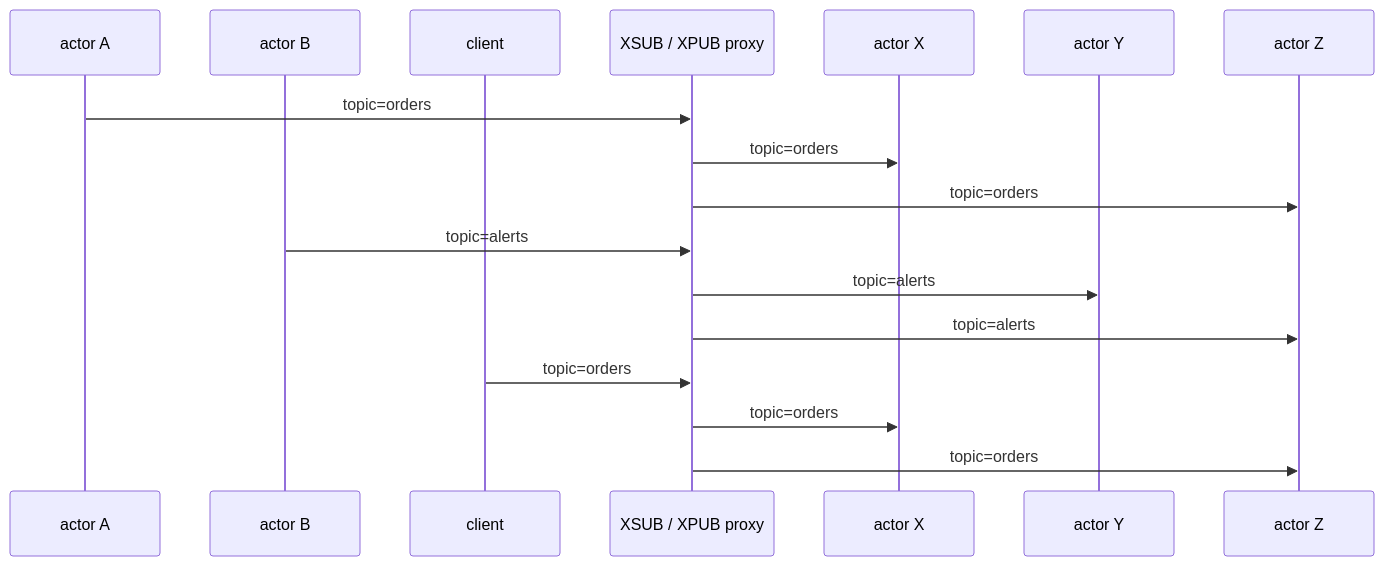
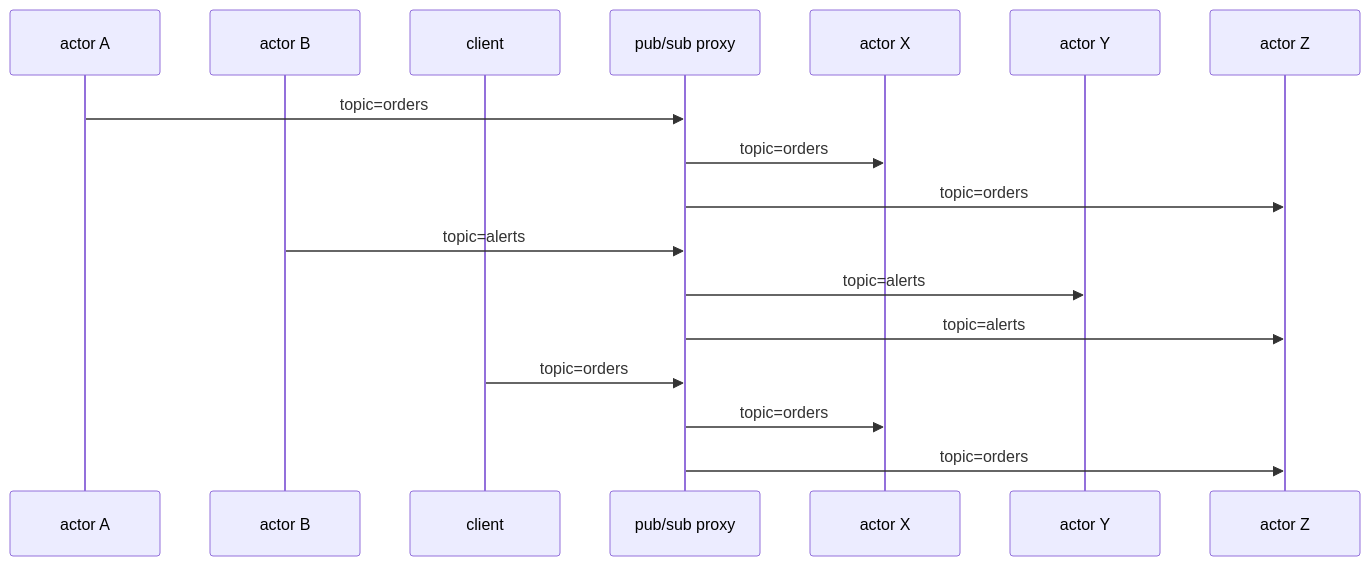
The diagram in docs/bus.qmd (muralidhar-challa/actor-mesh), drawn with Mermaid before and after one commit. The commit also changed other lines of this file and 39 other files, not shown here.

````diff
--- a/docs/bus.qmd
+++ b/docs/bus.qmd
@@ -5,22 +5,22 @@
 ```{mermaid}
 sequenceDiagram
   participant A as actor A
   participant B as actor B
   participant C as client
-  participant BUS as XSUB / XPUB proxy
+  participant BUS as pub/sub proxy
   participant X as actor X
   participant Y as actor Y
   participant Z as actor Z
 
   A ->> BUS : topic=orders
   BUS ->> X : topic=orders
   BUS ->> Z : topic=orders
 
   B ->> BUS : topic=alerts
   BUS ->> Y : topic=alerts
   BUS ->> Z : topic=alerts
 
   C ->> BUS : topic=orders
   BUS ->> X : topic=orders
   BUS ->> Z : topic=orders
 ```
````
